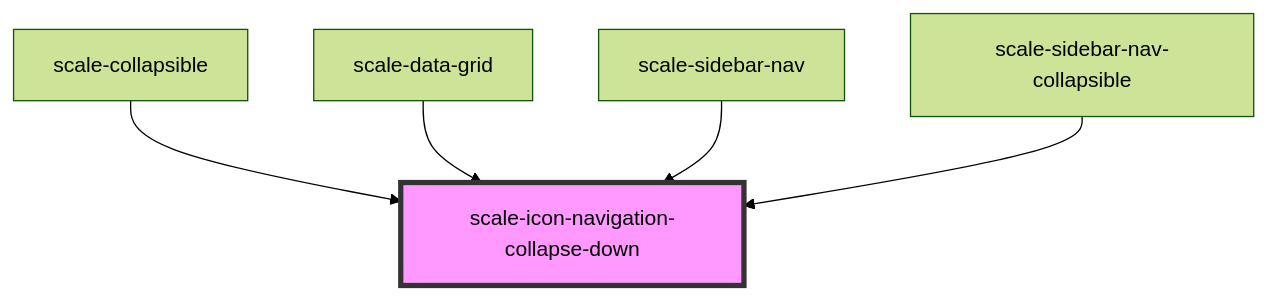
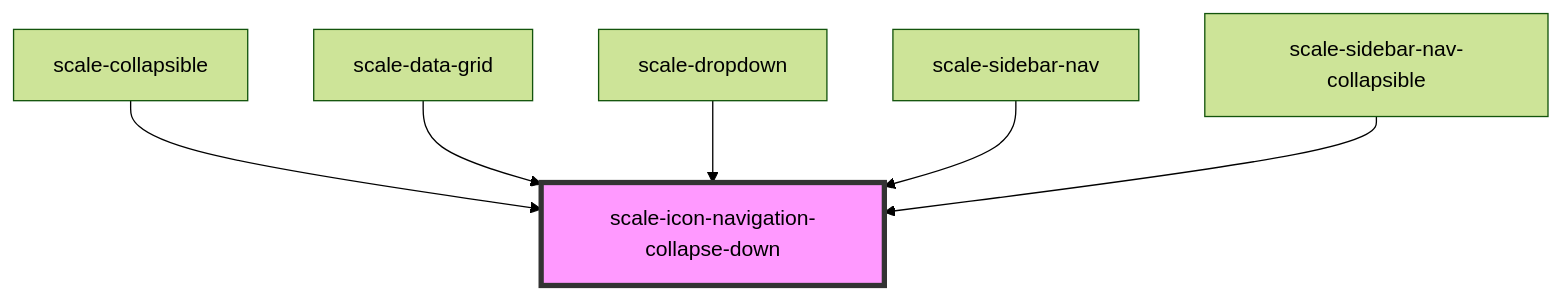
One commit to gaurishkamat/scale changed the diagram in packages/components/src/components/icons/navigation-collapse-down/readme.md. Above: the diagram before and after it, drawn with Mermaid (forest theme). The commit also changed other lines of this file and 18 other files, not shown here.

Commit message:
refactor(dropdown): update icon handling

````diff
--- a/packages/components/src/components/icons/navigation-collapse-down/readme.md
+++ b/packages/components/src/components/icons/navigation-collapse-down/readme.md
@@ -29,8 +30,9 @@
 ```mermaid
 graph TD;
   scale-collapsible --> scale-icon-navigation-collapse-down
   scale-data-grid --> scale-icon-navigation-collapse-down
+  scale-dropdown --> scale-icon-navigation-collapse-down
   scale-sidebar-nav --> scale-icon-navigation-collapse-down
   scale-sidebar-nav-collapsible --> scale-icon-navigation-collapse-down
   style scale-icon-navigation-collapse-down fill:#f9f,stroke:#333,stroke-width:4px
 ```
````
